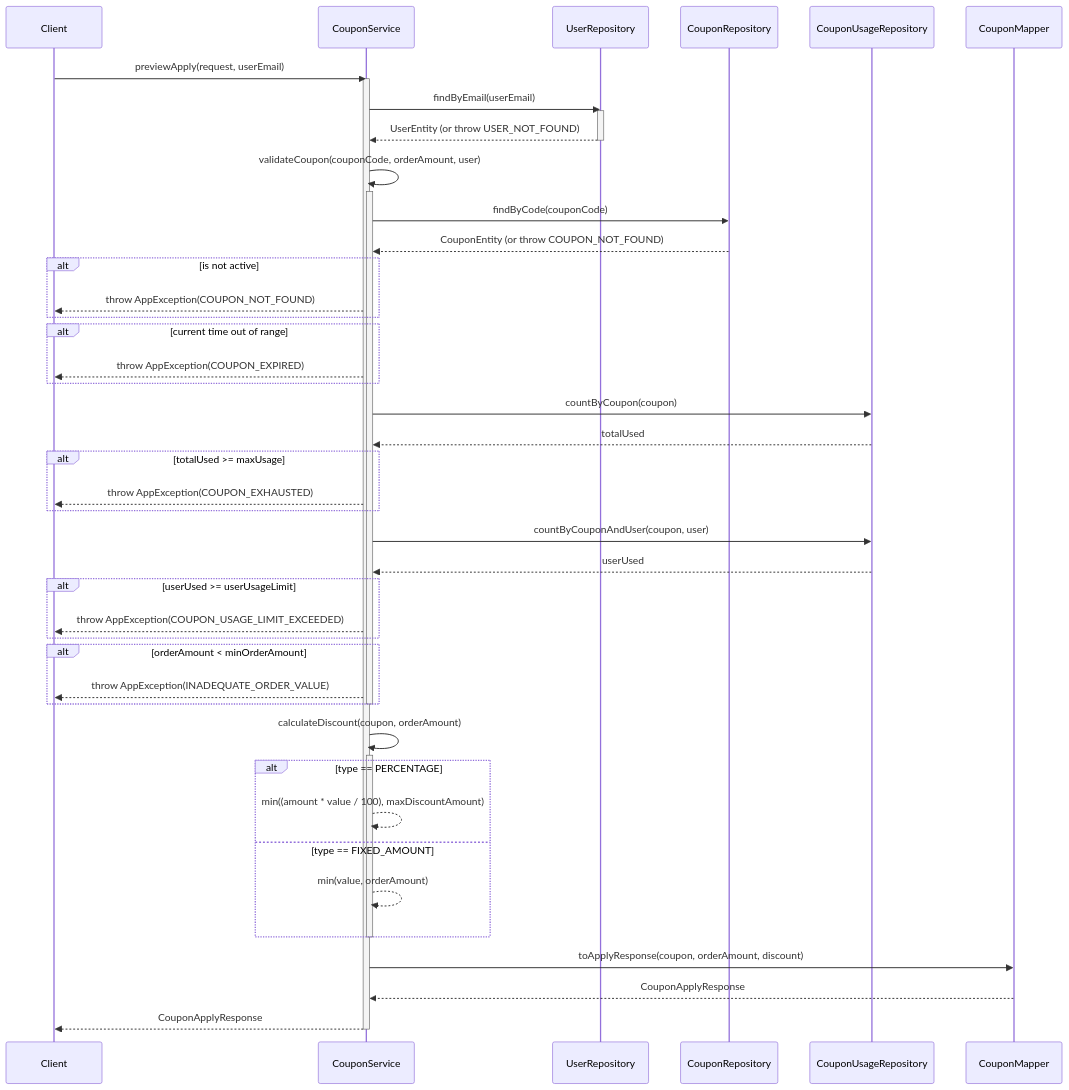
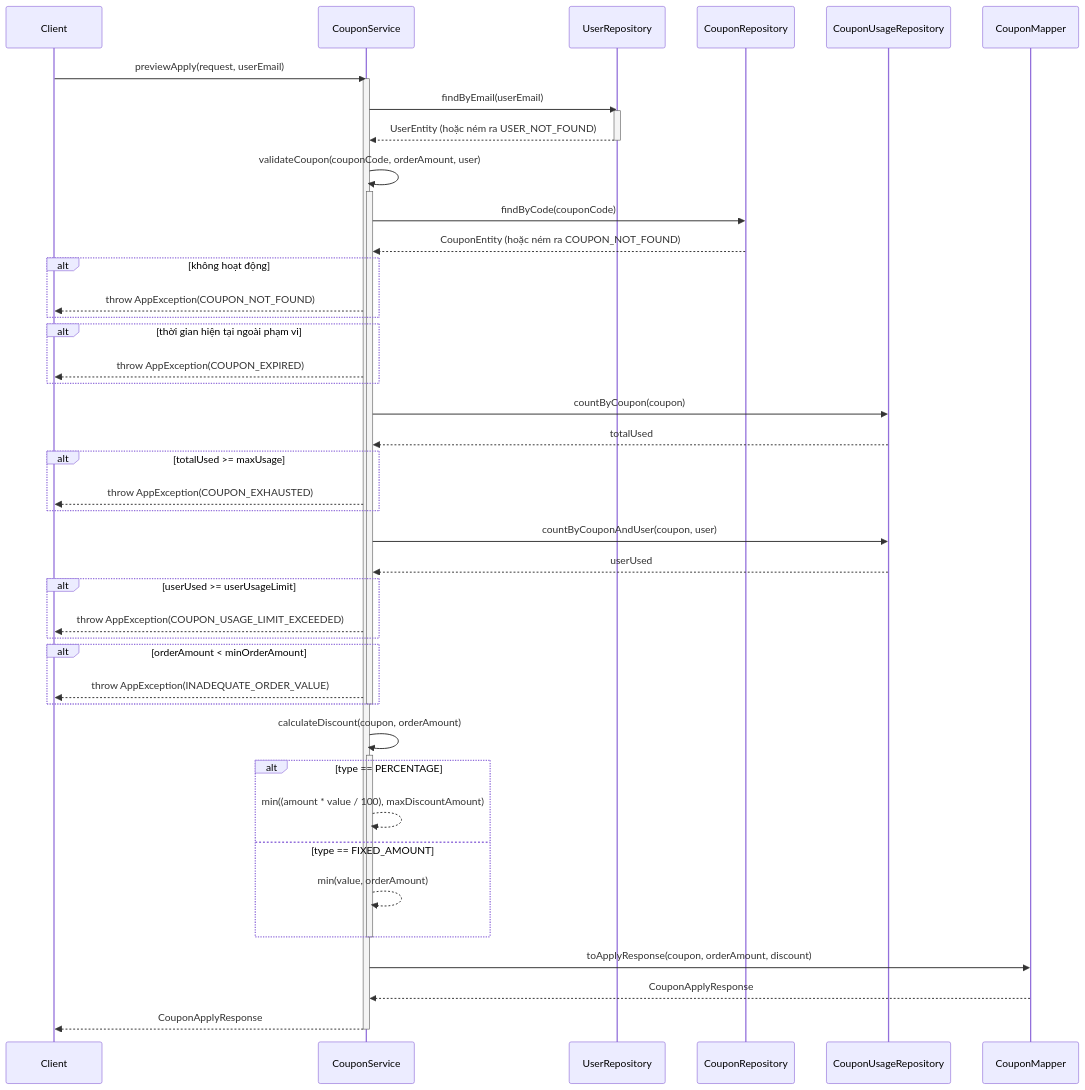
The third of 4 diagrams in .agent/sequence/coupon_service_sequence_diagrams.md (aquoc09/easymall), drawn with Mermaid before and after one commit. The commit also changed other lines of this file and 18 other files, not shown here.

Commit message:
UPDATE: Sequence diagram vietnamese

````diff
--- a/.agent/sequence/coupon_service_sequence_diagrams.md
+++ b/.agent/sequence/coupon_service_sequence_diagrams.md
@@ -83,64 +83,64 @@
 ```mermaid
 sequenceDiagram
     participant Client
     participant CouponService
     participant UserRepository
     participant CouponRepository
     participant CouponUsageRepository
     participant CouponMapper
 
     Client->>CouponService: previewApply(request, userEmail)
     activate CouponService
 
     CouponService->>UserRepository: findByEmail(userEmail)
     activate UserRepository
-    UserRepository-->>CouponService: UserEntity (or throw USER_NOT_FOUND)
+    UserRepository-->>CouponService: UserEntity (hoặc ném ra USER_NOT_FOUND)
     deactivate UserRepository
 
-    %% Validate Coupon sub-process
+    %% Tiến trình con xác thực Coupon
     CouponService->>CouponService: validateCoupon(couponCode, orderAmount, user)
     activate CouponService
     CouponService->>CouponRepository: findByCode(couponCode)
-    CouponRepository-->>CouponService: CouponEntity (or throw COUPON_NOT_FOUND)
+    CouponRepository-->>CouponService: CouponEntity (hoặc ném ra COUPON_NOT_FOUND)
     
-    alt is not active
+    alt không hoạt động
         CouponService-->>Client: throw AppException(COUPON_NOT_FOUND)
     end
     
-    alt current time out of range
+    alt thời gian hiện tại ngoài phạm vi
         CouponService-->>Client: throw AppException(COUPON_EXPIRED)
     end
 
     CouponService->>CouponUsageRepository: countByCoupon(coupon)
     CouponUsageRepository-->>CouponService: totalUsed
     alt totalUsed >= maxUsage
         CouponService-->>Client: throw AppException(COUPON_EXHAUSTED)
     end
 
     CouponService->>CouponUsageRepository: countByCouponAndUser(coupon, user)
     CouponUsageRepository-->>CouponService: userUsed
     alt userUsed >= userUsageLimit
         CouponService-->>Client: throw AppException(COUPON_USAGE_LIMIT_EXCEEDED)
     end
 
     alt orderAmount < minOrderAmount
         CouponService-->>Client: throw AppException(INADEQUATE_ORDER_VALUE)
     end
     deactivate CouponService
 
-    %% Calculate Discount sub-process
+    %% Tiến trình con tính toán giảm giá
     CouponService->>CouponService: calculateDiscount(coupon, orderAmount)
     activate CouponService
     alt type == PERCENTAGE
         CouponService-->>CouponService: min((amount * value / 100), maxDiscountAmount)
     else type == FIXED_AMOUNT
         CouponService-->>CouponService: min(value, orderAmount)
     end
     deactivate CouponService
 
     CouponService->>CouponMapper: toApplyResponse(coupon, orderAmount, discount)
     CouponMapper-->>CouponService: CouponApplyResponse
 
     CouponService-->>Client: CouponApplyResponse
     deactivate CouponService
 ```
````
